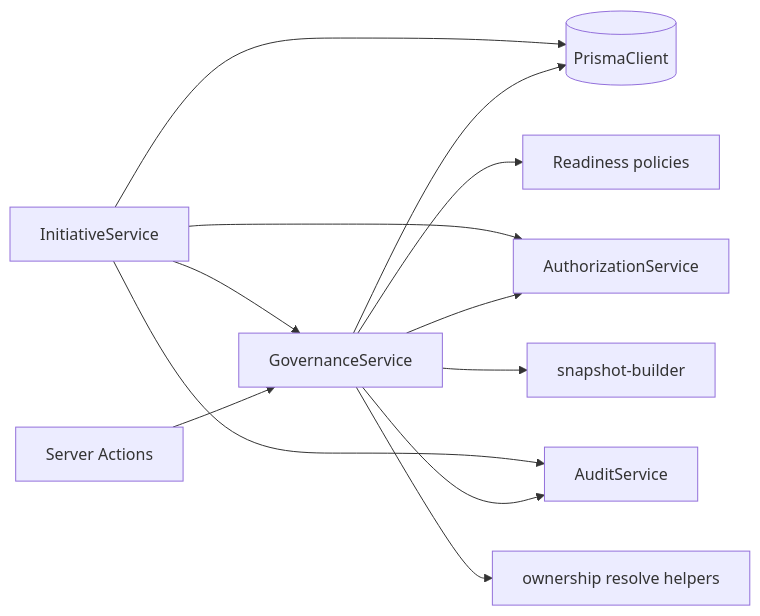
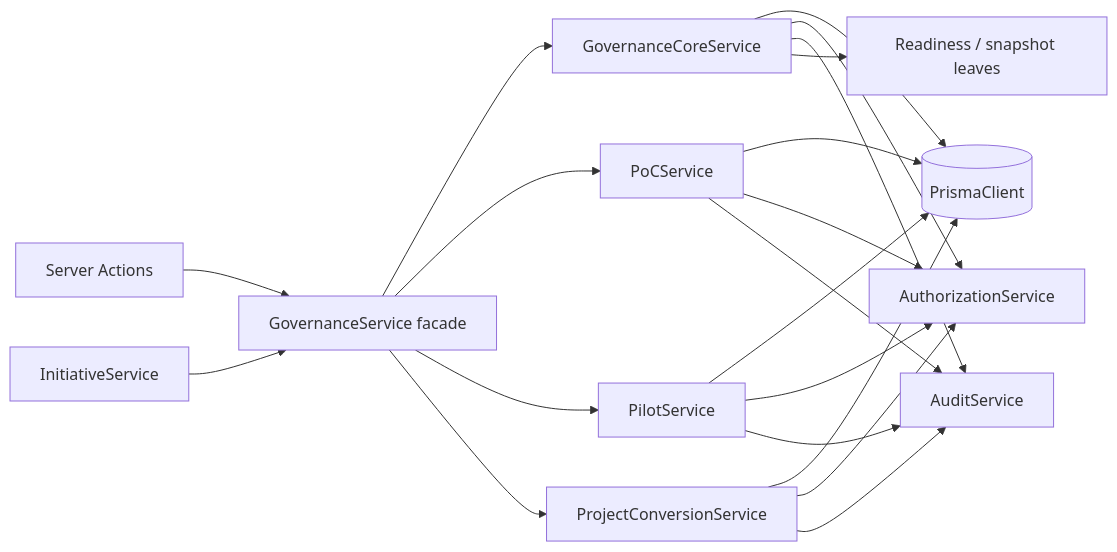
One commit to Jonassan1990/ManagmentPlatform changed the diagram in docs/GOVERNANCE-BEHAVIOR-CONTRACT.md. Above: the diagram before and after it, drawn with Mermaid. The commit also changed other lines of this file and 8 other files, not shown here.

First line of the commit message:
refactor(governance): separate core experimentation and conversion boundaries

````diff
--- a/docs/GOVERNANCE-BEHAVIOR-CONTRACT.md
+++ b/docs/GOVERNANCE-BEHAVIOR-CONTRACT.md
@@ -318,14 +304,22 @@
 ```mermaid
 flowchart LR
-  SA[Server Actions] --> GS[GovernanceService]
-  GS --> Prisma[(PrismaClient)]
-  GS --> Authz[AuthorizationService]
-  GS --> Audit[AuditService]
-  GS --> Ready[Readiness policies]
-  GS --> Snap[snapshot-builder]
-  GS --> Own[ownership resolve helpers]
+  SA[Server Actions] --> GS[GovernanceService facade]
   IS[InitiativeService] --> GS
-  IS --> Prisma
-  IS --> Authz
-  IS --> Audit
+  GS --> Core[GovernanceCoreService]
+  GS --> PoC[PoCService]
+  GS --> Pilot[PilotService]
+  GS --> Conv[ProjectConversionService]
+  Core --> Prisma[(PrismaClient)]
+  PoC --> Prisma
+  Pilot --> Prisma
+  Conv --> Prisma
+  Core --> Authz[AuthorizationService]
+  PoC --> Authz
+  Pilot --> Authz
+  Conv --> Authz
+  Core --> Audit[AuditService]
+  PoC --> Audit
+  Pilot --> Audit
+  Conv --> Audit
+  Core --> Ready[Readiness / snapshot leaves]
 ```
````
